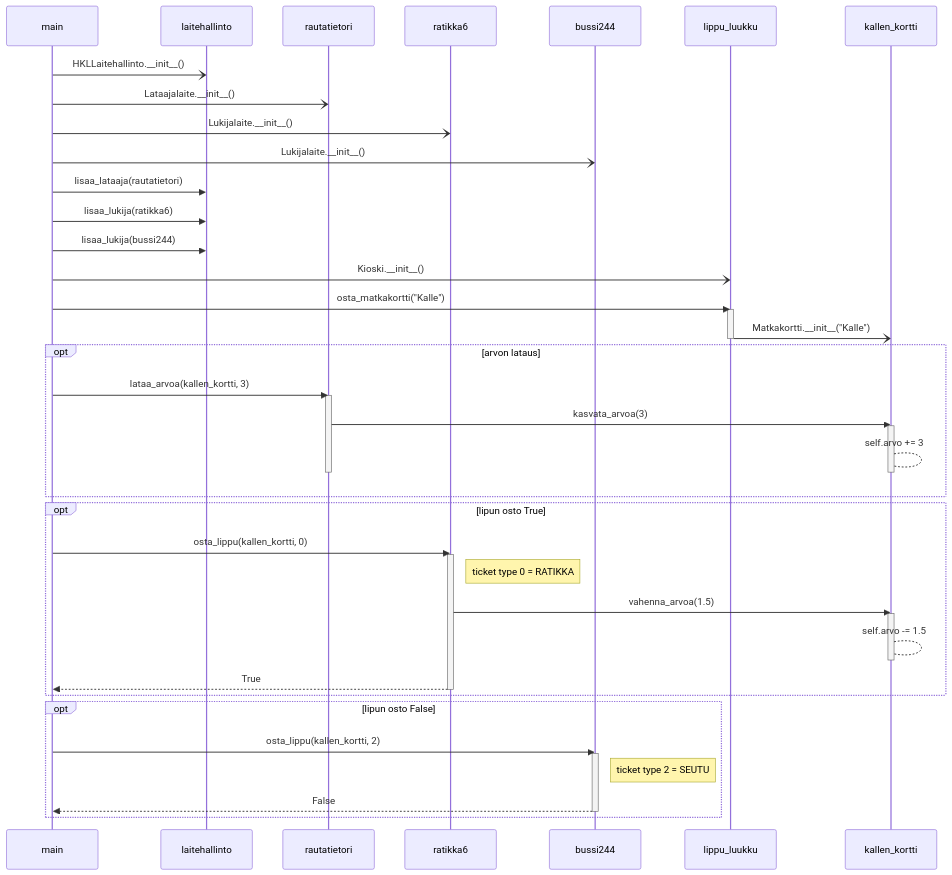
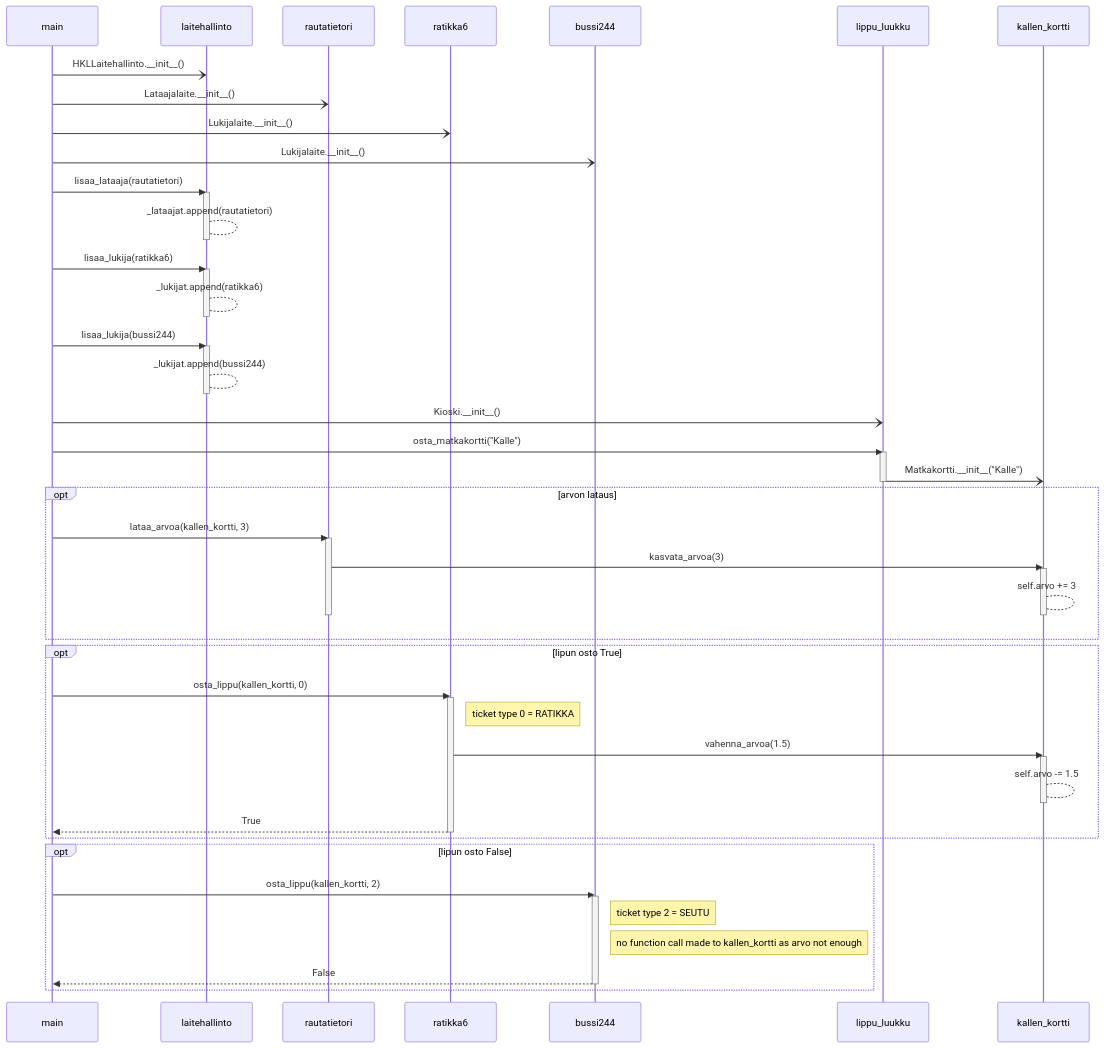
Before and after one commit to joonarafael/ohte: the diagram in laskarit/viikko3/hsl.md, drawn with Mermaid. The commit also changed other lines of this file, not shown here.

Commit message:
updating hsl

````diff
--- a/laskarit/viikko3/hsl.md
+++ b/laskarit/viikko3/hsl.md
@@ -1,48 +3,58 @@
 ```mermaid
 sequenceDiagram
     main -) laitehallinto: HKLLaitehallinto.__init__()
     main -) rautatietori: Lataajalaite.__init__()
     main -) ratikka6: Lukijalaite.__init__()
     main -) bussi244: Lukijalaite.__init__()
 
     main ->> laitehallinto: lisaa_lataaja(rautatietori)
+    activate  laitehallinto
+    laitehallinto --> laitehallinto: _lataajat.append(rautatietori)
+    deactivate laitehallinto
     main ->> laitehallinto: lisaa_lukija(ratikka6)
+    activate  laitehallinto
+    laitehallinto --> laitehallinto: _lukijat.append(ratikka6)
+    deactivate laitehallinto
     main ->> laitehallinto: lisaa_lukija(bussi244)
+    activate  laitehallinto
+    laitehallinto --> laitehallinto: _lukijat.append(bussi244)
+    deactivate laitehallinto
 
     main -) lippu_luukku: Kioski.__init__()
 
     main ->> lippu_luukku: osta_matkakortti("Kalle")
     activate lippu_luukku
     lippu_luukku -) kallen_kortti: Matkakortti.__init__("Kalle")
     deactivate lippu_luukku
     
     opt arvon lataus
         main ->> rautatietori: lataa_arvoa(kallen_kortti, 3)
         activate rautatietori
         rautatietori ->> kallen_kortti: kasvata_arvoa(3)
         activate kallen_kortti
         kallen_kortti --> kallen_kortti: self.arvo += 3
         deactivate kallen_kortti
         deactivate rautatietori
     end
 
     opt lipun osto True
         main ->> ratikka6: osta_lippu(kallen_kortti, 0)
         activate ratikka6
         note right of ratikka6: ticket type 0 = RATIKKA
         ratikka6 ->> kallen_kortti: vahenna_arvoa(1.5)
         activate kallen_kortti
         kallen_kortti --> kallen_kortti: self.arvo -= 1.5
         deactivate kallen_kortti
         ratikka6 -->> main: True
         deactivate ratikka6
     end
     
     opt lipun osto False
         main ->> bussi244: osta_lippu(kallen_kortti, 2)
         activate bussi244
         note right of bussi244: ticket type 2 = SEUTU
+        note right of bussi244: no function call made to kallen_kortti as arvo not enough
         bussi244 -->> main: False
         deactivate bussi244
     end
 ```
````
